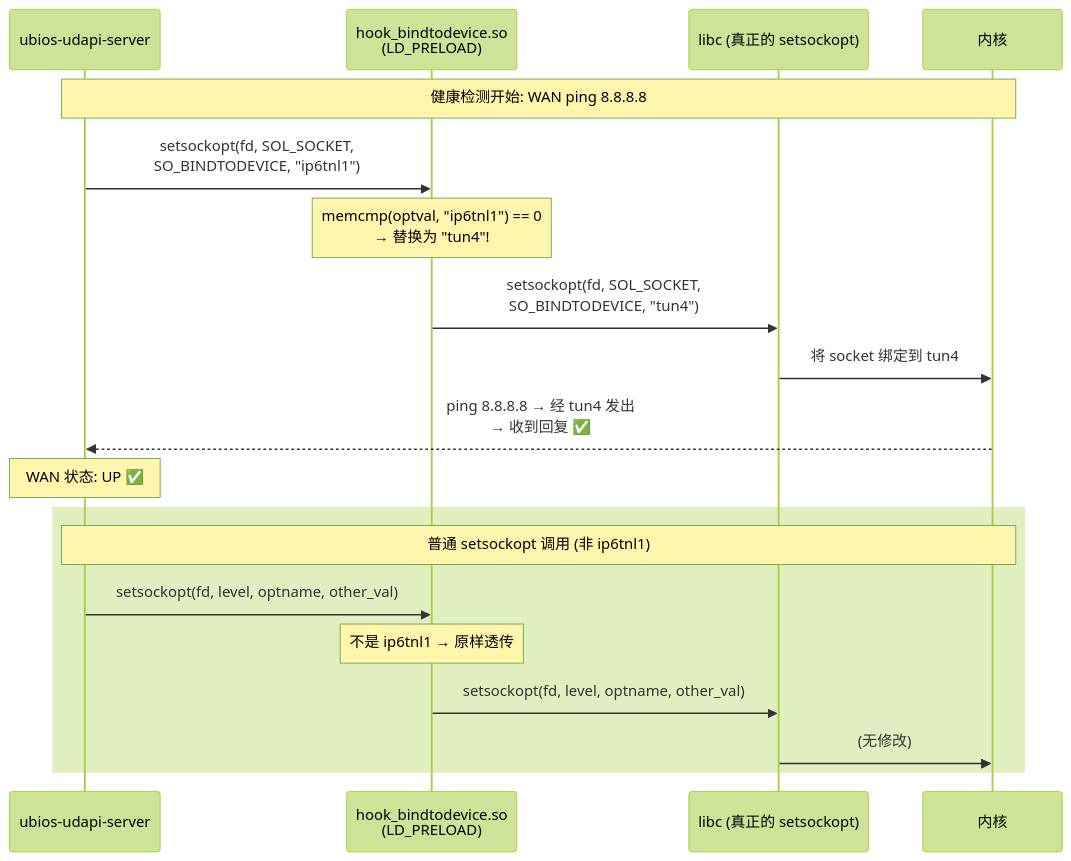
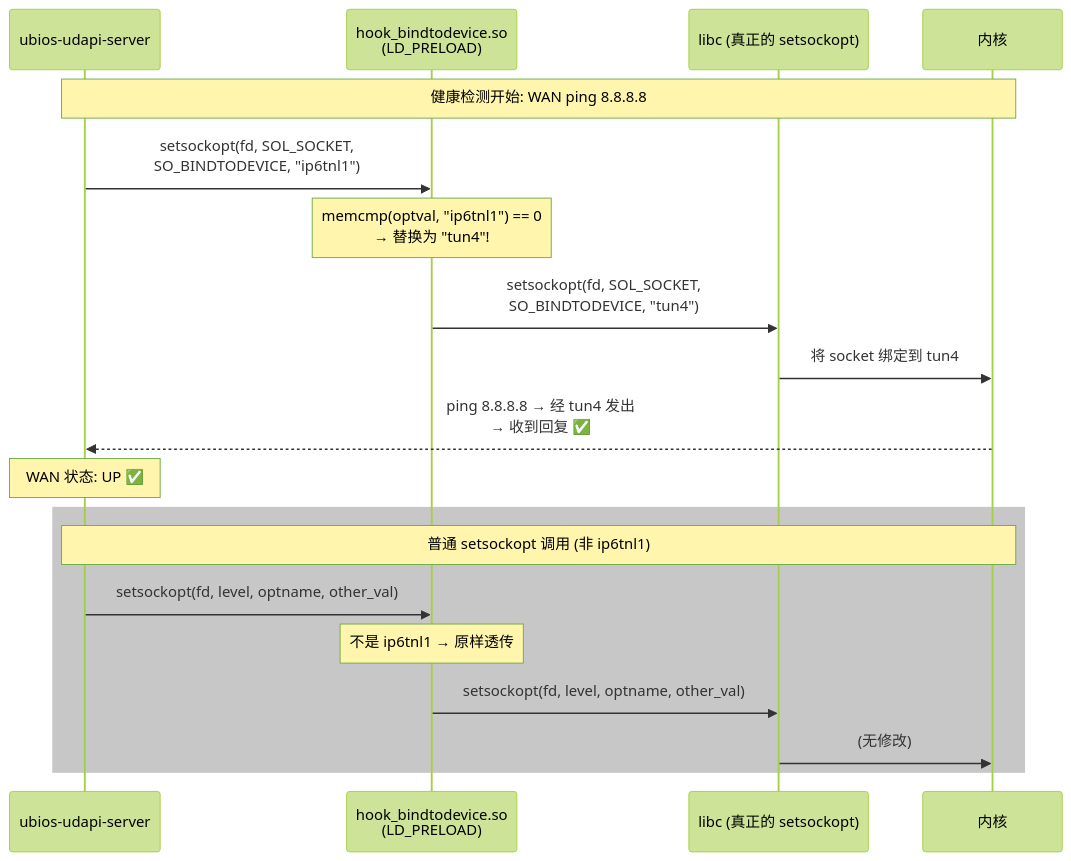
Before and after one commit to BBleae/harukawa-sayaka-blog: the second of 3 diagrams in content/post/softbank-10g-with-ucg-fiber/index.md, drawn with Mermaid (forest theme).

Commit message:
fix: 修改序列图的矩形颜色以提高可读性

````diff
--- a/content/post/softbank-10g-with-ucg-fiber/index.md
+++ b/content/post/softbank-10g-with-ucg-fiber/index.md
@@ -137,29 +137,29 @@
 ```mermaid
 sequenceDiagram
     participant U as ubios-udapi-server
     participant H as hook_bindtodevice.so<br/>(LD_PRELOAD)
     participant L as libc (真正的 setsockopt)
     participant K as 内核
 
     Note over U,K: 健康检测开始: WAN ping 8.8.8.8
 
     U->>H: setsockopt(fd, SOL_SOCKET,<br/>SO_BINDTODEVICE, "ip6tnl1")
  
     Note over H: memcmp(optval, "ip6tnl1") == 0<br/>→ 替换为 "tun4"!
 
     H->>L: setsockopt(fd, SOL_SOCKET,<br/>SO_BINDTODEVICE, "tun4")
 
     L->>K: 将 socket 绑定到 tun4
 
     K-->>U: ping 8.8.8.8 → 经 tun4 发出<br/>→ 收到回复 ✅
 
     Note over U: WAN 状态: UP ✅
 
-    rect
+    rect rgb(199,199,199)
         Note over U,K: 普通 setsockopt 调用 (非 ip6tnl1)
         U->>H: setsockopt(fd, level, optname, other_val)
         Note over H: 不是 ip6tnl1 → 原样透传
         H->>L: setsockopt(fd, level, optname, other_val)
         L->>K: (无修改)
     end
 ```
````
